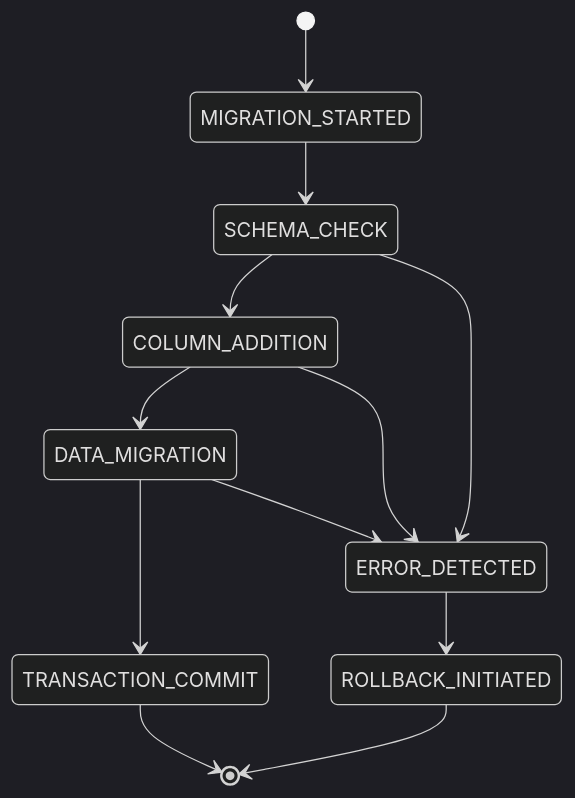
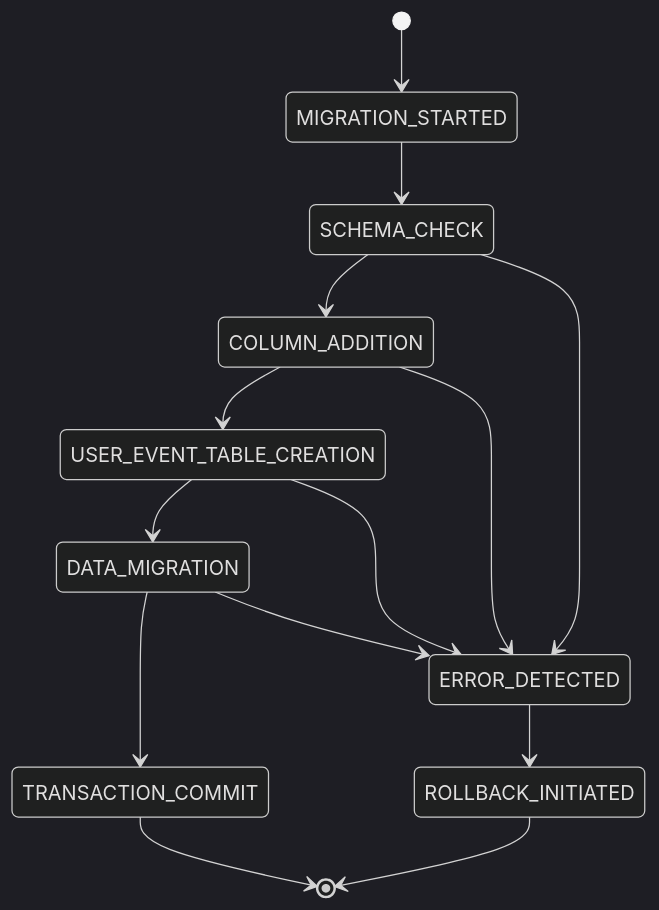
Diagram 11 of 11 in .qoder/repowiki/zh/content/数据库设计/数据迁移策略.md (baike08/cosurf), drawn with Mermaid (dark theme) before and after one commit. The commit also changed other lines of this file and 23 other files, not shown here.

````diff
--- a/.qoder/repowiki/zh/content/数据库设计/数据迁移策略.md
+++ b/.qoder/repowiki/zh/content/数据库设计/数据迁移策略.md
@@ -367,14 +415,16 @@
 ```mermaid
 stateDiagram-v2
 [*] --> MIGRATION_STARTED
 MIGRATION_STARTED --> SCHEMA_CHECK
 SCHEMA_CHECK --> COLUMN_ADDITION
-COLUMN_ADDITION --> DATA_MIGRATION
+COLUMN_ADDITION --> USER_EVENT_TABLE_CREATION
+USER_EVENT_TABLE_CREATION --> DATA_MIGRATION
 DATA_MIGRATION --> TRANSACTION_COMMIT
 TRANSACTION_COMMIT --> [*]
 SCHEMA_CHECK --> ERROR_DETECTED
 COLUMN_ADDITION --> ERROR_DETECTED
+USER_EVENT_TABLE_CREATION --> ERROR_DETECTED
 DATA_MIGRATION --> ERROR_DETECTED
 ERROR_DETECTED --> ROLLBACK_INITIATED
 ROLLBACK_INITIATED --> [*]
 ```
````
